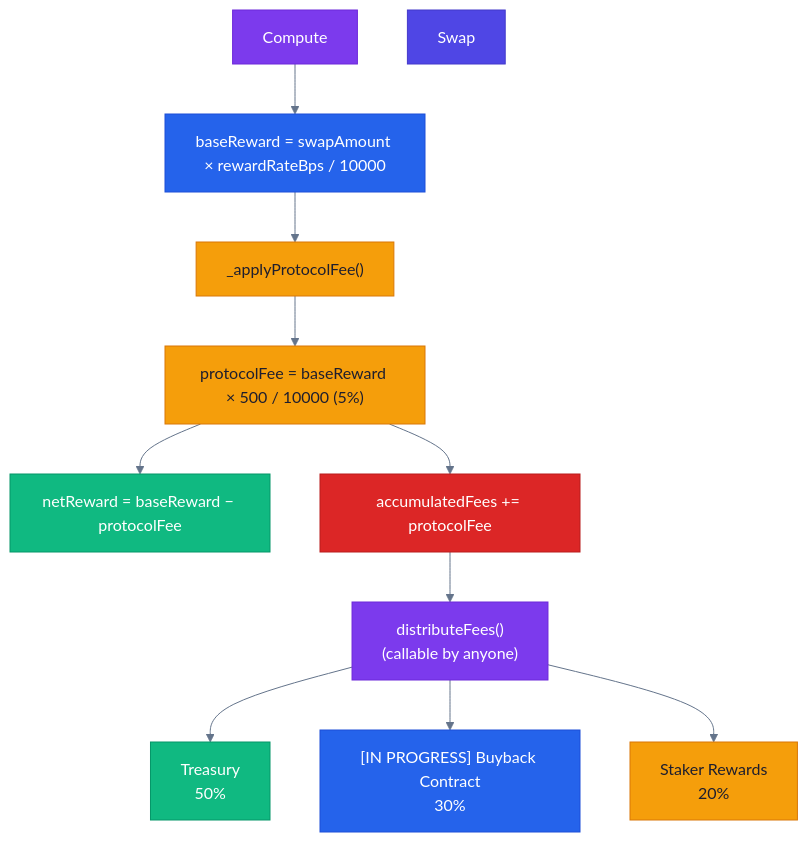
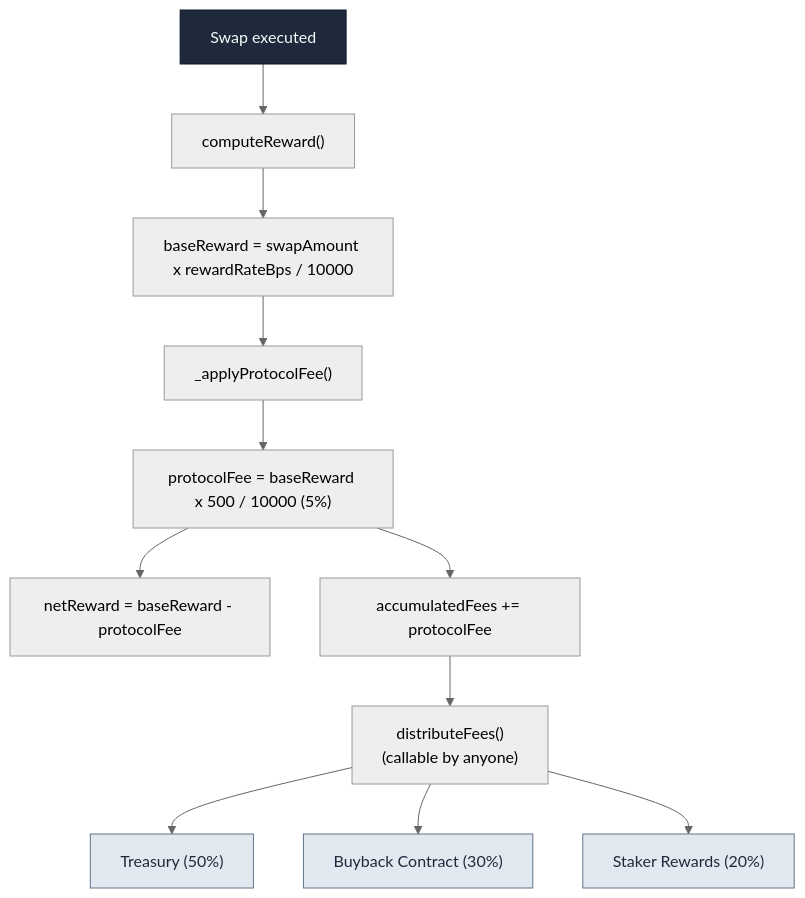
Before and after one commit to guglxni/the-fixer-hook: the diagram in docs/diagrams/SYSTEM_DESIGN_12.mmd, drawn with Mermaid. The commit also changed 51 other files, not shown here.

First line of the commit message:
Redesign all 26 diagrams with professional, monochrome styling

```diff
--- a/docs/diagrams/SYSTEM_DESIGN_12.mmd
+++ b/docs/diagrams/SYSTEM_DESIGN_12.mmd
@@ -1,22 +1,17 @@
-%%{init: {'theme': 'neutral', 'themeVariables': { 'primaryColor': '#2563eb', 'primaryTextColor': '#1e293b', 'primaryBorderColor': '#3b82f6', 'lineColor': '#64748b', 'secondaryColor': '#f1f5f9', 'tertiaryColor': '#e2e8f0'}}}%%
+%%{init: {'theme': 'neutral', 'themeVariables': {'fontFamily': 'Inter, system-ui, sans-serif'}}}%%
 flowchart TD
-    Compute --> Base["baseReward = swapAmount × rewardRateBps / 10000"]
+    Swap["Swap executed"] --> Compute["computeReward()"]
+    Compute --> Base["baseReward = swapAmount x rewardRateBps / 10000"]
     Base --> Fee["_applyProtocolFee()"]
-    Fee --> CalcFee["protocolFee = baseReward × 500 / 10000 (5%)"]
-    CalcFee --> Net["netReward = baseReward − protocolFee"]
+    Fee --> CalcFee["protocolFee = baseReward x 500 / 10000 (5%)"]
+    CalcFee --> Net["netReward = baseReward - protocolFee"]
     CalcFee --> Accum["accumulatedFees += protocolFee"]
-    Accum --> Dist["distributeFees()\n(callable by anyone)"]
-    Dist --> Treasury[" Treasury\n50%"]
-    Dist --> Buyback["[IN PROGRESS] Buyback Contract\n30%"]
-    Dist --> Stakers[" Staker Rewards\n20%"]
-    style Swap fill:#4F46E5,color:#FFFFFF,stroke:#4338CA
-    style Compute fill:#7C3AED,color:#FFFFFF,stroke:#6D28D9
-    style Base fill:#2563EB,color:#FFFFFF,stroke:#1D4ED8
-    style Fee fill:#F59E0B,color:#1E1E2E,stroke:#D97706
-    style CalcFee fill:#F59E0B,color:#1E1E2E,stroke:#D97706
-    style Net fill:#10B981,color:#FFFFFF,stroke:#059669
-    style Accum fill:#DC2626,color:#FFFFFF,stroke:#B91C1C
-    style Dist fill:#7C3AED,color:#FFFFFF,stroke:#6D28D9
-    style Treasury fill:#10B981,color:#FFFFFF,stroke:#059669
-    style Buyback fill:#2563EB,color:#FFFFFF,stroke:#1D4ED8
-    style Stakers fill:#F59E0B,color:#1E1E2E,stroke:#D97706
+    Accum --> Dist["distributeFees()<br/>(callable by anyone)"]
+    Dist --> Treasury["Treasury (50%)"]
+    Dist --> Buyback["Buyback Contract (30%)"]
+    Dist --> Stakers["Staker Rewards (20%)"]
+
+    style Swap fill:#1e293b,color:#f8fafc,stroke:#0f172a
+    style Treasury fill:#e2e8f0,color:#1e293b,stroke:#64748b
+    style Buyback fill:#e2e8f0,color:#1e293b,stroke:#64748b
+    style Stakers fill:#e2e8f0,color:#1e293b,stroke:#64748b
```
